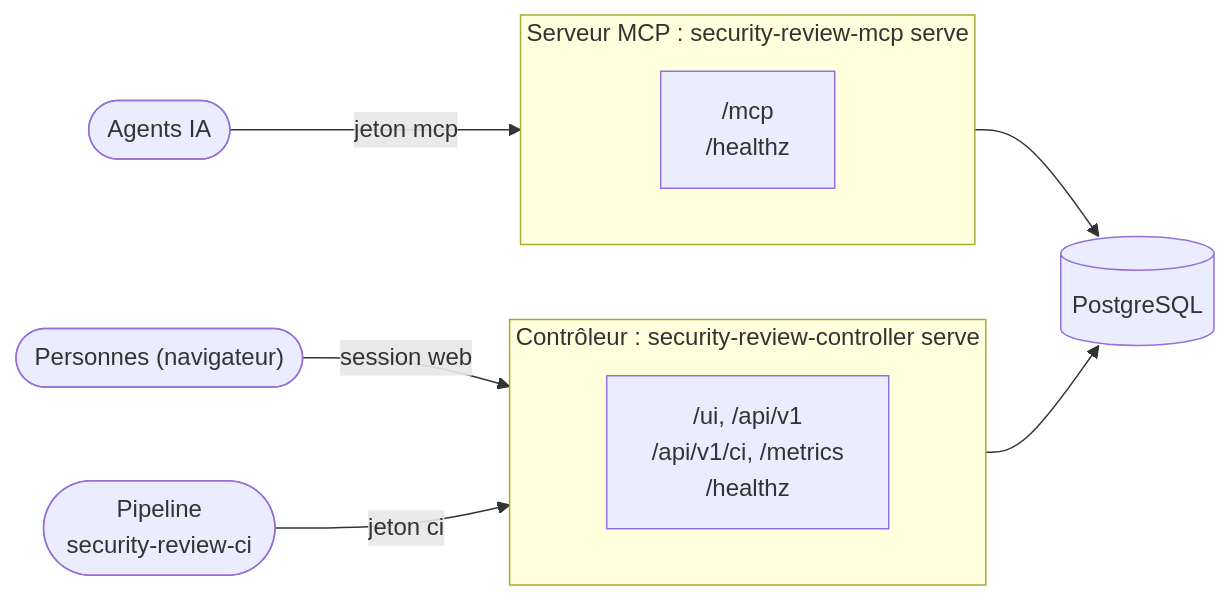
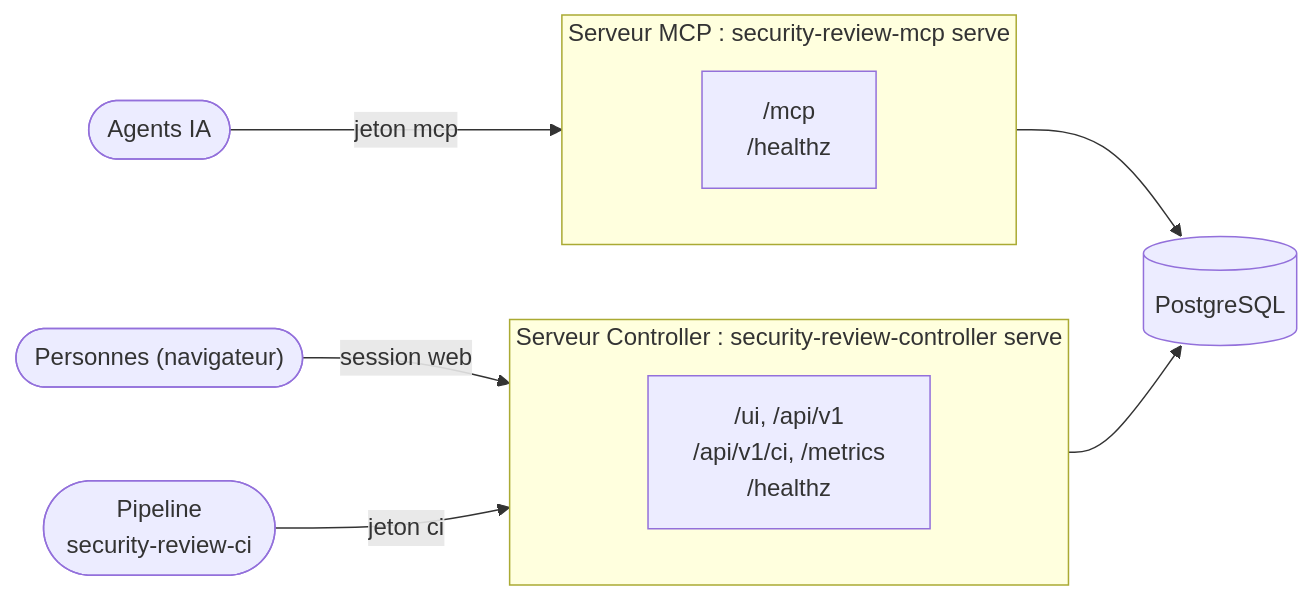
One commit to cyr-ius/security-review changed the diagram in docs/advanced/architecture/index.fr.md. Above: the diagram before and after it, drawn with Mermaid. The commit also changed other lines of this file and 111 other files, not shown here.

````diff
--- a/docs/advanced/architecture/index.fr.md
+++ b/docs/advanced/architecture/index.fr.md
@@ -8,14 +8,14 @@
 ```mermaid
 flowchart LR
     agents(["Agents IA"]) -- "jeton mcp" --> mcp
     people(["Personnes (navigateur)"]) -- "session web" --> ctl
     ci(["Pipeline<br/>security-review-ci"]) -- "jeton ci" --> ctl
     subgraph mcp["Serveur MCP : security-review-mcp serve"]
         mcpr["/mcp<br/>/healthz"]
     end
-    subgraph ctl["Contrôleur : security-review-controller serve"]
+    subgraph ctl["Serveur Controller : security-review-controller serve"]
         ctlr["/ui, /api/v1<br/>/api/v1/ci, /metrics<br/>/healthz"]
     end
     mcp --> db[("PostgreSQL")]
     ctl --> db
 ```
````
